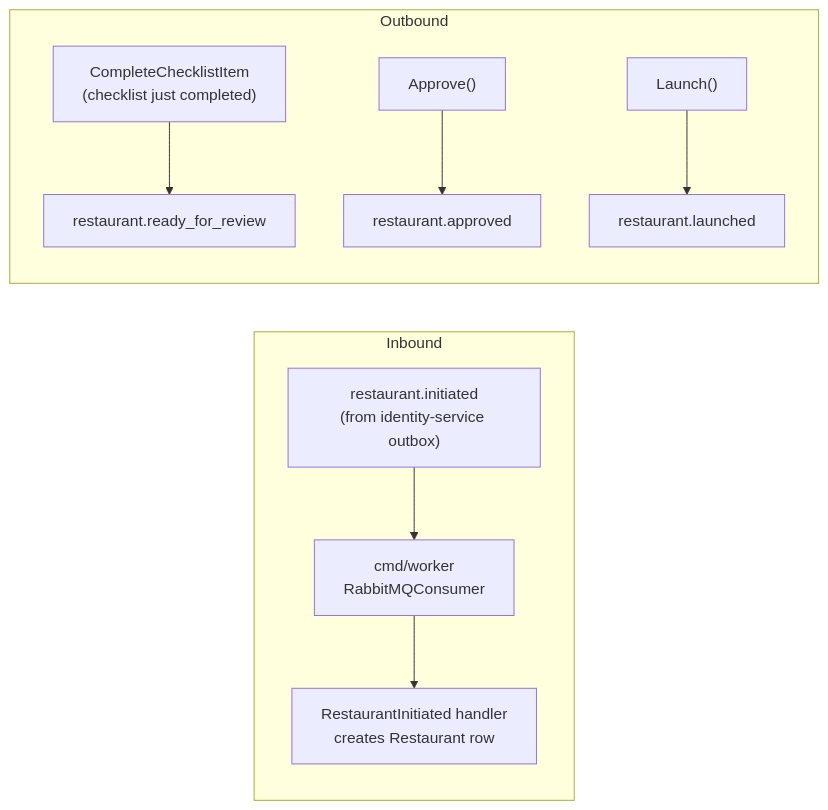
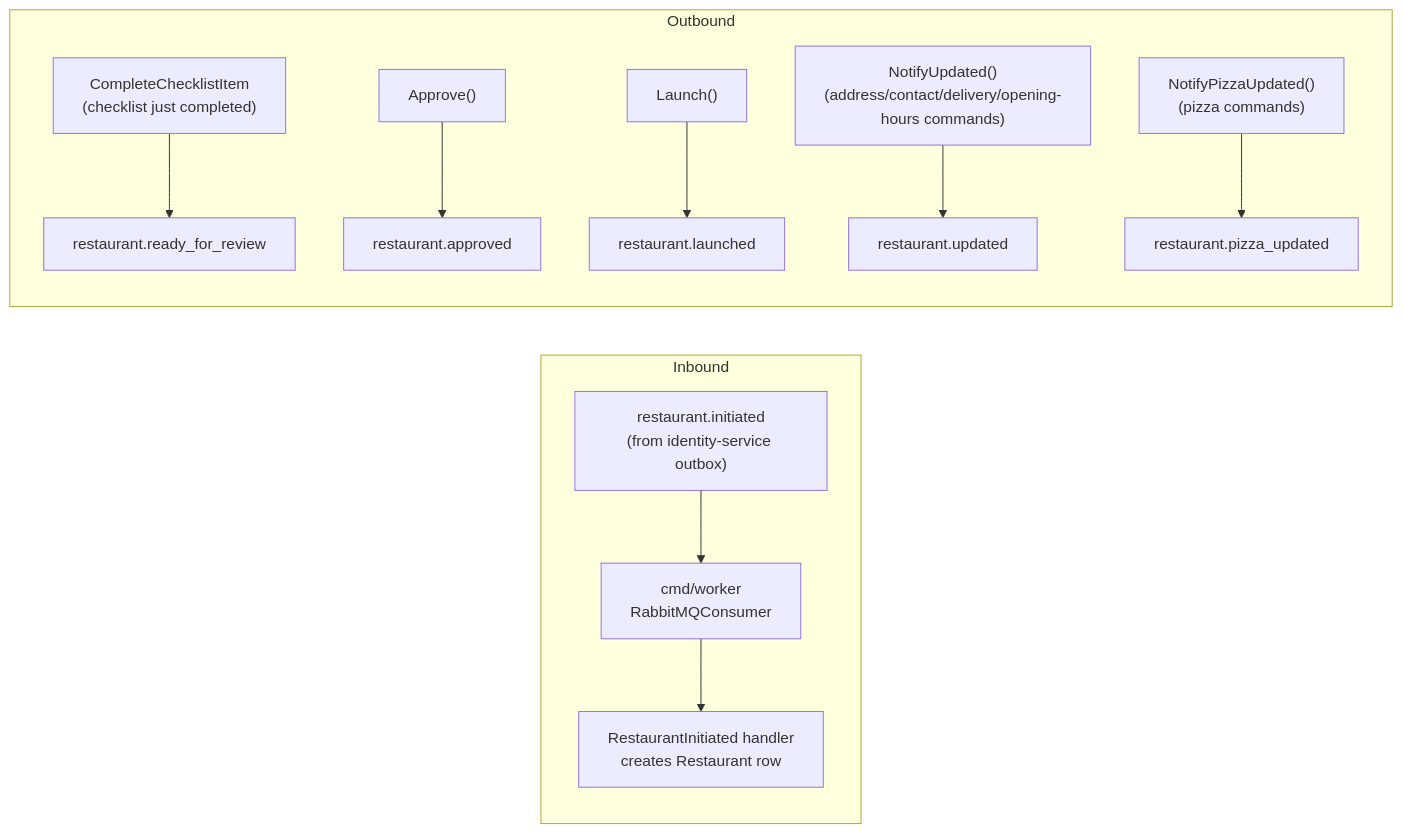
Before and after one commit to tarique-iqbal/pizza-marketplace: the second of 2 diagrams in docs/services/restaurant-service.md, drawn with Mermaid. The commit also changed other lines of this file, not shown here.

Commit message:
docs: update restaurant-service events

````diff
--- a/docs/services/restaurant-service.md
+++ b/docs/services/restaurant-service.md
@@ -118,12 +118,14 @@
 ```mermaid
 flowchart LR
     subgraph Inbound
         RI["restaurant.initiated\n(from identity-service outbox)"] --> W["cmd/worker\nRabbitMQConsumer"]
         W --> D["RestaurantInitiated handler\ncreates Restaurant row"]
     end
     subgraph Outbound
         D2["CompleteChecklistItem\n(checklist just completed)"] --> E1["restaurant.ready_for_review"]
         E2A["Approve()"] --> E2["restaurant.approved"]
         E3A["Launch()"] --> E3["restaurant.launched"]
+        E4A["NotifyUpdated()\n(address/contact/delivery/opening-hours commands)"] --> E4["restaurant.updated"]
+        E5A["NotifyPizzaUpdated()\n(pizza commands)"] --> E5["restaurant.pizza_updated"]
     end
 ```
````
